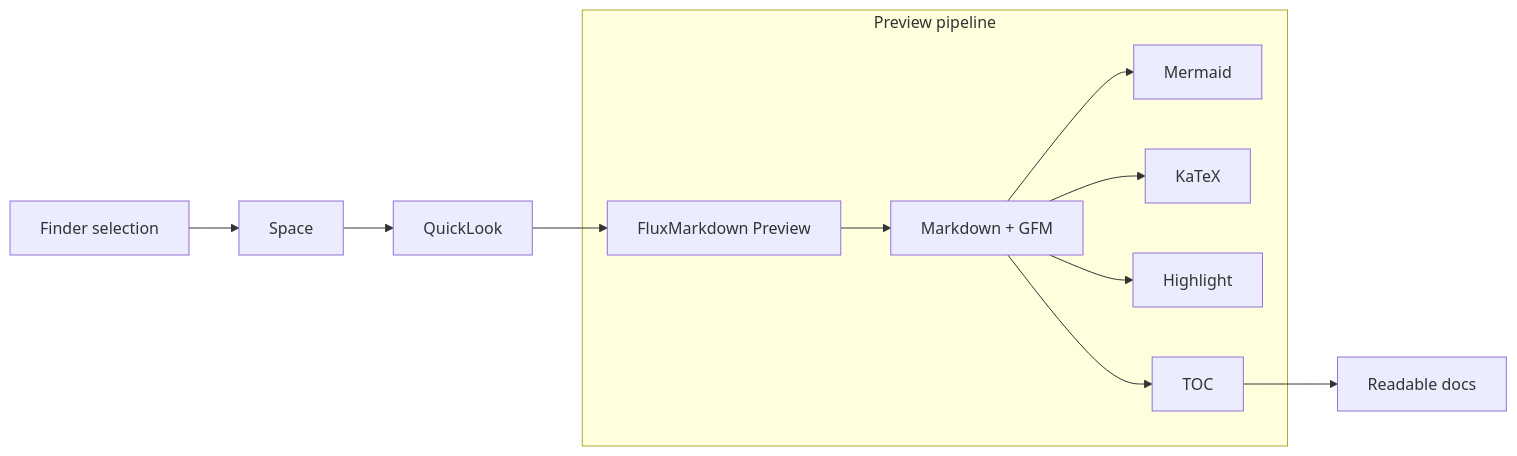
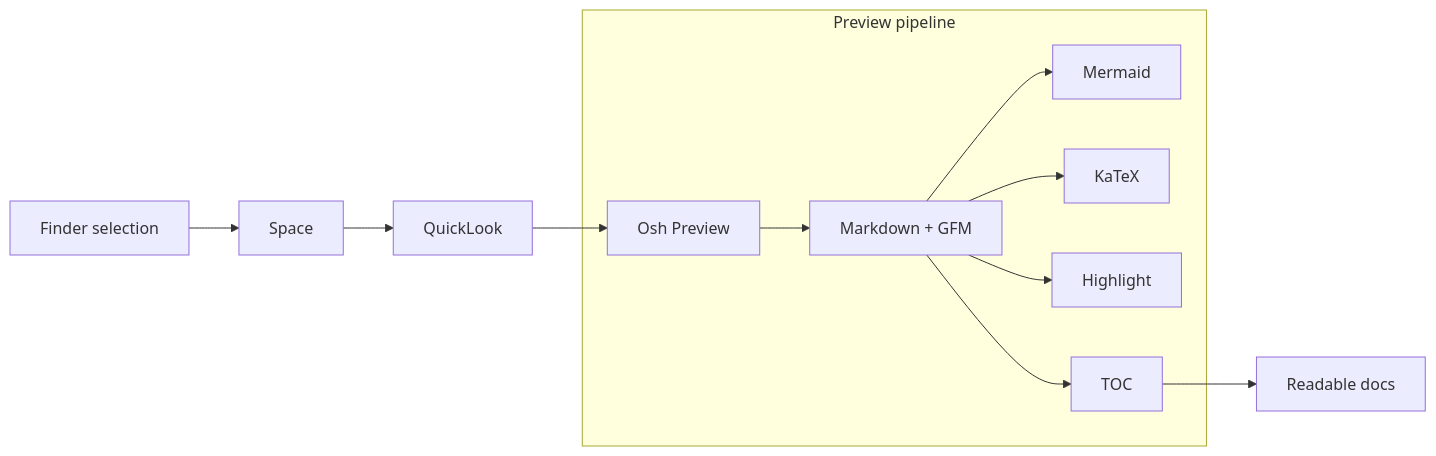
One commit to Hyp4tia/Osh changed the diagram in docs/assets/demo.md. Above: the diagram before and after it, drawn with Mermaid. The commit also changed other lines of this file and 12 other files, not shown here.

````diff
--- a/docs/assets/demo.md
+++ b/docs/assets/demo.md
@@ -46,16 +46,16 @@
 ```mermaid
 flowchart LR
   A[Finder selection] --> B[Space]
   B --> C[QuickLook]
-  C --> D[FluxMarkdown Preview]
+  C --> D[Osh Preview]
 
   subgraph Preview[Preview pipeline]
     D --> E[Markdown + GFM]
     E --> F[Mermaid]
     E --> G[KaTeX]
     E --> H[Highlight]
     E --> I[TOC]
   end
 
   I --> J[Readable docs]
 ```
````
